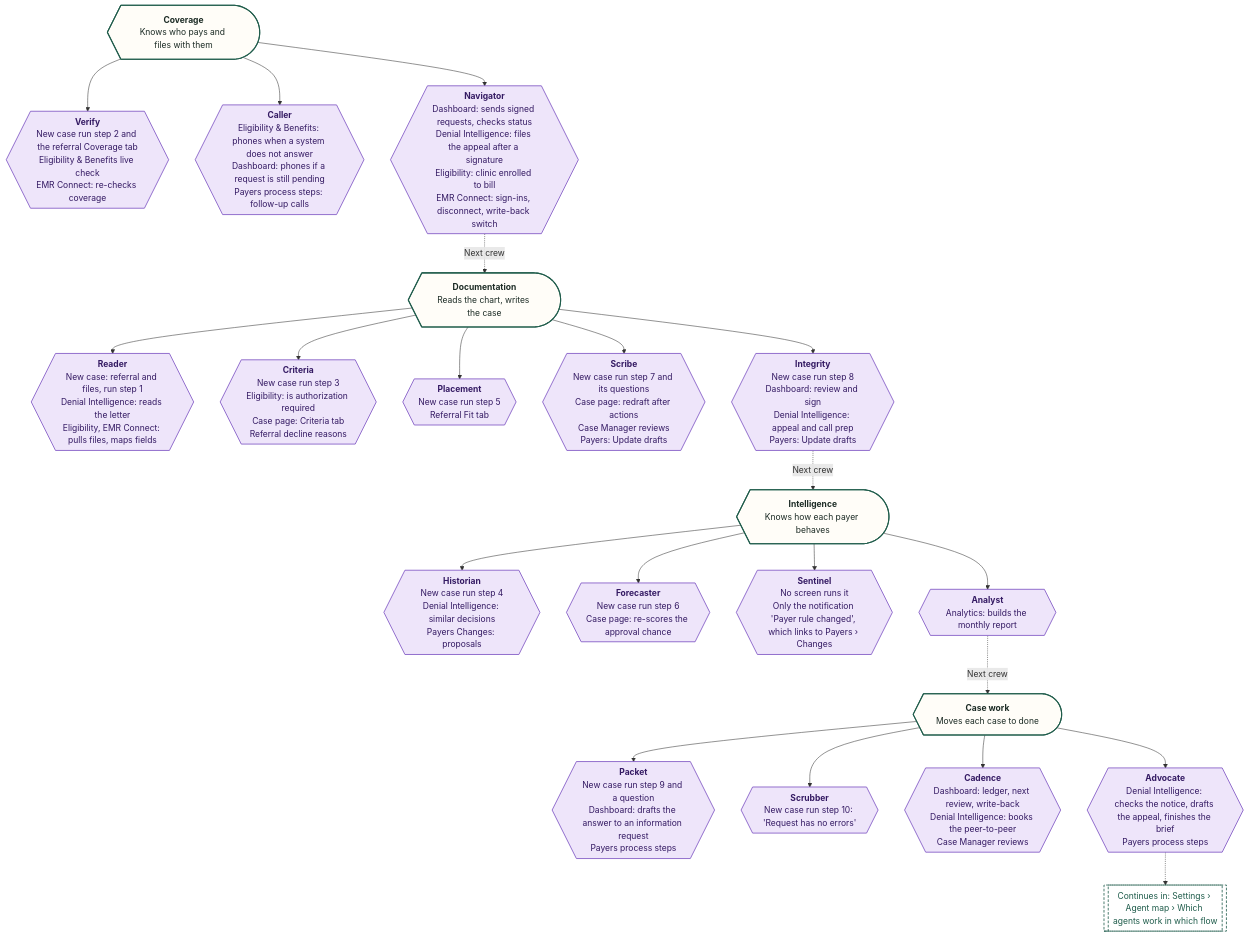
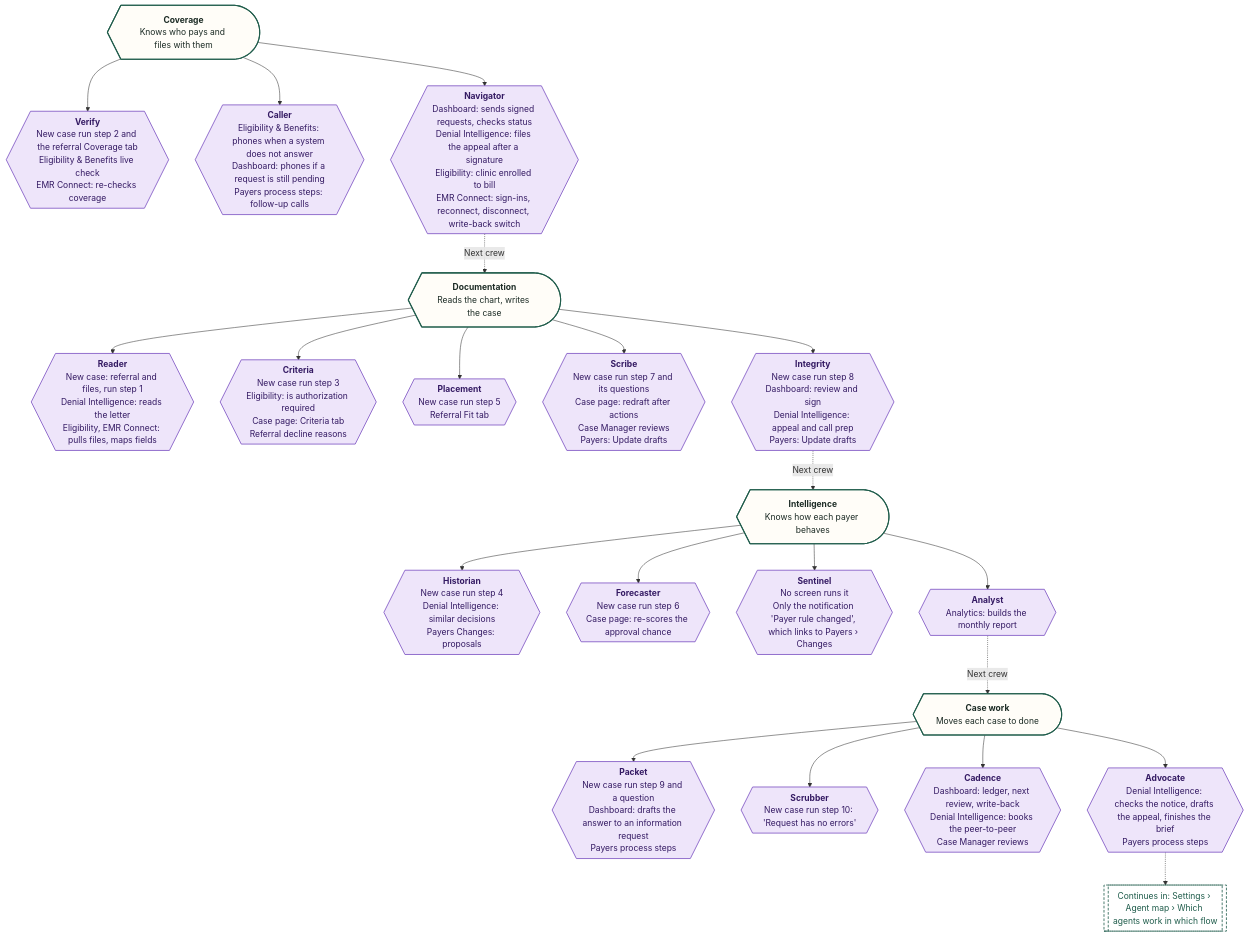
One commit to Shrav143/psyfloapp changed the tenth of 10 diagrams in demos/prior-auth-demo/workflows/out/md/11-settings.md. Above: the diagram before and after it, drawn with Mermaid. The commit also changed other lines of this file and 195 other files, not shown here.

First line of the commit message:
docs: Rebuild workflow diagrams after the demo fixes (220 diagrams)

````diff
--- a/demos/prior-auth-demo/workflows/out/md/11-settings.md
+++ b/demos/prior-auth-demo/workflows/out/md/11-settings.md
@@ -708,52 +748,52 @@
 ```mermaid
 %%{init: {"theme":"base","themeVariables":{"fontFamily":"'DM Sans', 'Segoe UI', system-ui, sans-serif","fontSize":"15px","lineColor":"#5B6B63","primaryTextColor":"#1C2B25","clusterBkg":"#FBF8F3","clusterBorder":"#D9CDBB","edgeLabelBackground":"#FFFFFF"},"flowchart":{"curve":"basis","nodeSpacing":36,"rankSpacing":48,"padding":12,"htmlLabels":true,"useMaxWidth":false,"wrappingWidth":230}} }%%
 flowchart TD
   classDef k_start fill:#1F5C4B,stroke:#174638,color:#FFFFFF,stroke-width:1.5px,font-weight:600
   classDef k_end fill:#DDEFE3,stroke:#2E7D4F,color:#14502F,stroke-width:1.5px,font-weight:600
   classDef k_endx fill:#FBE3E0,stroke:#C0392B,color:#7A1F16,stroke-width:1.5px,font-weight:600
   classDef k_screen fill:#FFFDF8,stroke:#1F5C4B,color:#1C2B25,stroke-width:2px
   classDef k_overlay fill:#F1F7F3,stroke:#1F5C4B,color:#1C2B25,stroke-width:2px,stroke-dasharray:5 3
   classDef k_click fill:#DCEBFA,stroke:#2F6DB5,color:#12365F,stroke-width:1.5px
   classDef k_input fill:#E4E7FF,stroke:#4C5FD5,color:#1D2670,stroke-width:1.5px
   classDef k_process fill:#EEF0EE,stroke:#7A857F,color:#26302B,stroke-width:1.5px
   classDef k_agent fill:#EEE5FA,stroke:#7A4FC2,color:#341A63,stroke-width:1.5px
   classDef k_decision fill:#FFF0CC,stroke:#D9962B,color:#5C3B00,stroke-width:1.5px
   classDef k_store fill:#D5F0EA,stroke:#1C8E7B,color:#0B4A3F,stroke-width:1.5px
   classDef k_doc fill:#F6E9DC,stroke:#B07A4C,color:#4A2E14,stroke-width:1.5px
   classDef k_ext fill:#FFE6D2,stroke:#E07B39,color:#6B2F06,stroke-width:1.5px
   classDef k_wait fill:#E4E8EE,stroke:#6B7C93,color:#26303D,stroke-width:1.5px
   classDef k_toast fill:#FFF9DB,stroke:#C9A400,color:#5A4A00,stroke-width:1.5px
   classDef k_goto fill:#FFFFFF,stroke:#1F5C4B,color:#1F5C4B,stroke-width:1.5px,stroke-dasharray:5 3
   c1@{ shape: curv-trap, label: "<b>Coverage</b><br/>Knows who pays and files with them" }
   verify@{ shape: hex, label: "<b>Verify</b><br/>New case run step 2 and the referral Coverage tab<br/>Eligibility & Benefits live check<br/>EMR Connect: re-checks coverage" }
   caller@{ shape: hex, label: "<b>Caller</b><br/>Eligibility & Benefits: phones when a system does not answer<br/>Dashboard: phones if a request is still pending<br/>Payers process steps: follow-up calls" }
-  navigator@{ shape: hex, label: "<b>Navigator</b><br/>Dashboard: sends signed requests, checks status<br/>Denial Intelligence: files the appeal after a signature<br/>Eligibility: clinic enrolled to bill<br/>EMR Connect: sign-ins, disconnect, write-back switch" }
+  navigator@{ shape: hex, label: "<b>Navigator</b><br/>Dashboard: sends signed requests, checks status<br/>Denial Intelligence: files the appeal after a signature<br/>Eligibility: clinic enrolled to bill<br/>EMR Connect: sign-ins, reconnect, disconnect, write-back switch" }
   c2@{ shape: curv-trap, label: "<b>Documentation</b><br/>Reads the chart, writes the case" }
   reader@{ shape: hex, label: "<b>Reader</b><br/>New case: referral and files, run step 1<br/>Denial Intelligence: reads the letter<br/>Eligibility, EMR Connect: pulls files, maps fields" }
   criteria@{ shape: hex, label: "<b>Criteria</b><br/>New case run step 3<br/>Eligibility: is authorization required<br/>Case page: Criteria tab<br/>Referral decline reasons" }
   placement@{ shape: hex, label: "<b>Placement</b><br/>New case run step 5<br/>Referral Fit tab" }
   scribe@{ shape: hex, label: "<b>Scribe</b><br/>New case run step 7 and its questions<br/>Case page: redraft after actions<br/>Case Manager reviews<br/>Payers: Update drafts" }
   integrity@{ shape: hex, label: "<b>Integrity</b><br/>New case run step 8<br/>Dashboard: review and sign<br/>Denial Intelligence: appeal and call prep<br/>Payers: Update drafts" }
   c3@{ shape: curv-trap, label: "<b>Intelligence</b><br/>Knows how each payer behaves" }
   historian@{ shape: hex, label: "<b>Historian</b><br/>New case run step 4<br/>Denial Intelligence: similar decisions<br/>Payers Changes: proposals" }
   forecaster@{ shape: hex, label: "<b>Forecaster</b><br/>New case run step 6<br/>Case page: re-scores the approval chance" }
   sentinel@{ shape: hex, label: "<b>Sentinel</b><br/>No screen runs it<br/>Only the notification 'Payer rule changed', which links to Payers › Changes" }
   analyst@{ shape: hex, label: "<b>Analyst</b><br/>Analytics: builds the monthly report" }
   c4@{ shape: curv-trap, label: "<b>Case work</b><br/>Moves each case to done" }
   packet@{ shape: hex, label: "<b>Packet</b><br/>New case run step 9 and a question<br/>Dashboard: drafts the answer to an information request<br/>Payers process steps" }
   scrubber@{ shape: hex, label: "<b>Scrubber</b><br/>New case run step 10: 'Request has no errors'" }
   cadence@{ shape: hex, label: "<b>Cadence</b><br/>Dashboard: ledger, next review, write-back<br/>Denial Intelligence: books the peer-to-peer<br/>Case Manager reviews" }
   advocate@{ shape: hex, label: "<b>Advocate</b><br/>Denial Intelligence: checks the notice, drafts the appeal, finishes the brief<br/>Payers process steps" }
   g1@{ shape: subproc, label: "Continues in: Settings › Agent map › Which agents work in which flow" }
   c1 --> verify & caller & navigator
   navigator -.->|"Next crew"| c2
   c2 --> reader & criteria & placement & scribe & integrity
   integrity -.->|"Next crew"| c3
   c3 --> historian & forecaster & sentinel & analyst
   analyst -.->|"Next crew"| c4
   c4 --> packet & scrubber & cadence & advocate
   advocate -.-> g1
   class c1,c2,c3,c4 k_screen
   class verify,caller,navigator,reader,criteria,placement,scribe,integrity,historian,forecaster,sentinel,analyst,packet,scrubber,cadence,advocate k_agent
   class g1 k_goto
 ```
````
